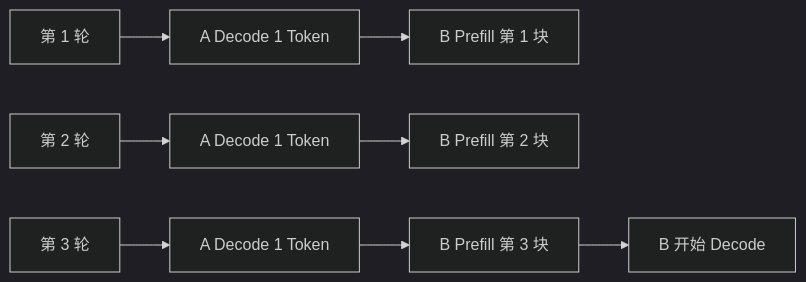
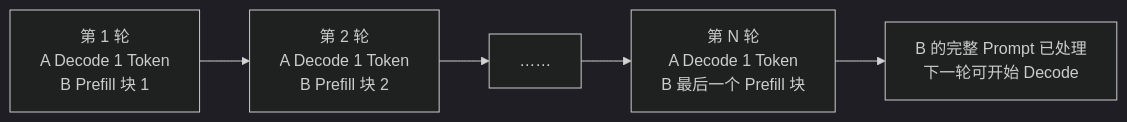
One commit to NealChristmas/LLM changed the diagram in courses/02-inference/d29-mixed-scheduling/README.md. Above: the diagram before and after it, drawn with Mermaid (dark theme). The commit also changed other lines of this file and 14 other files, not shown here.

````diff
--- a/courses/02-inference/d29-mixed-scheduling/README.md
+++ b/courses/02-inference/d29-mixed-scheduling/README.md
@@ -15,7 +15,7 @@
 ```mermaid
 flowchart LR
-    R1["第 1 轮"] --> A1["A Decode 1 Token"] --> B1["B Prefill 第 1 块"]
-    R2["第 2 轮"] --> A2["A Decode 1 Token"] --> B2["B Prefill 第 2 块"]
-    R3["第 3 轮"] --> A3["A Decode 1 Token"] --> B3["B Prefill 第 3 块"]
-    B3 --> G["B 开始 Decode"]
+    R1["第 1 轮<br/>A Decode 1 Token<br/>B Prefill 块 1"] --> R2["第 2 轮<br/>A Decode 1 Token<br/>B Prefill 块 2"]
+    R2 --> RN["……"]
+    RN --> RL["第 N 轮<br/>A Decode 1 Token<br/>B 最后一个 Prefill 块"]
+    RL --> G["B 的完整 Prompt 已处理<br/>下一轮可开始 Decode"]
 ```
````
